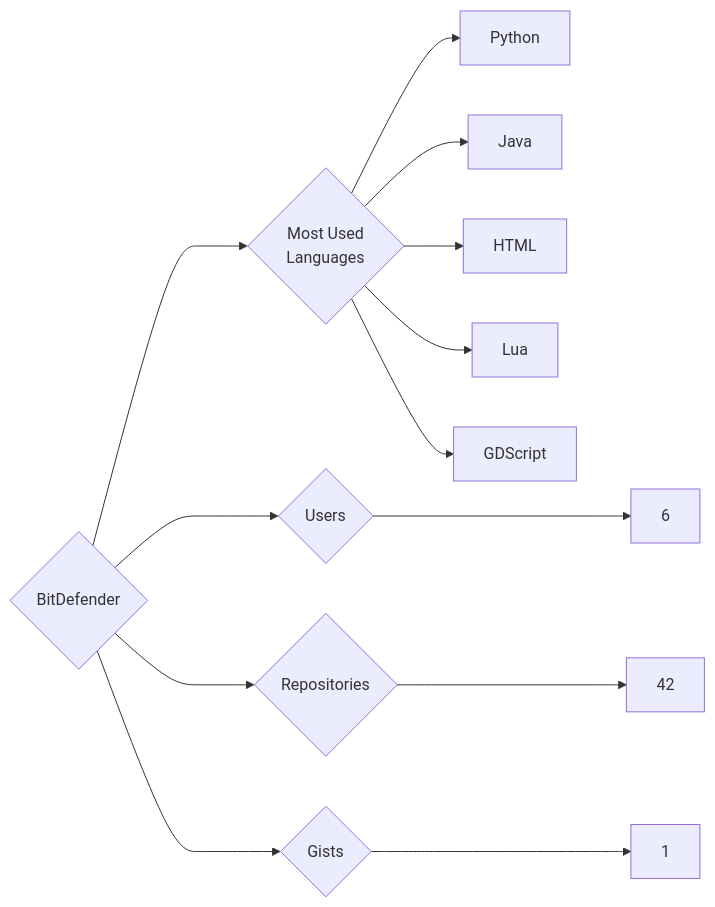
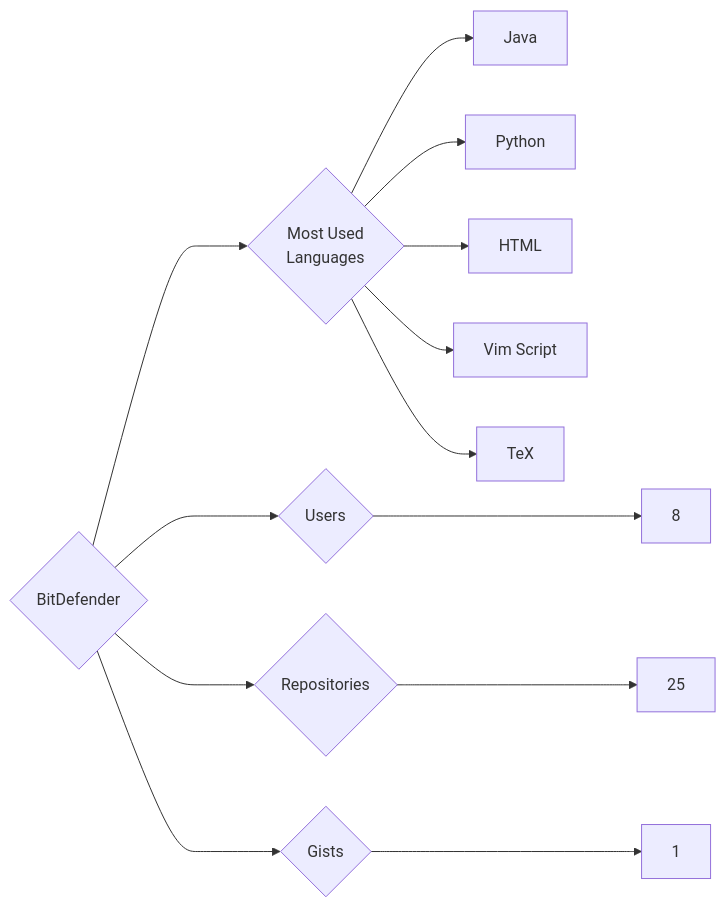
One commit to trickest/insiders changed the diagram in targets/BitDefender/README.md. Above: the diagram before and after it, drawn with Mermaid. The commit also changed 1089 other files, not shown here.

````diff
--- a/targets/BitDefender/README.md
+++ b/targets/BitDefender/README.md
@@ -3,13 +3,13 @@
 ```mermaid
 graph LR
 COMPANY_NAME{BitDefender}
-COMPANY_NAME ---> U{Users} ---> UN[6]
-COMPANY_NAME ---> R{Repositories} ---> RN[42]
+COMPANY_NAME ---> U{Users} ---> UN[8]
+COMPANY_NAME ---> R{Repositories} ---> RN[25]
 COMPANY_NAME ---> G{Gists} ---> GN[1]
 COMPANY_NAME ---> ML{Most Used<br>Languages}
+ML --> Java[Java]
 ML --> Python[Python]
-ML --> Java[Java]
 ML --> HTML[HTML]
-ML --> Lua[Lua]
-ML --> GDScript[GDScript]
+ML --> Vim_Script[Vim Script]
+ML --> TeX[TeX]
 ```
````
